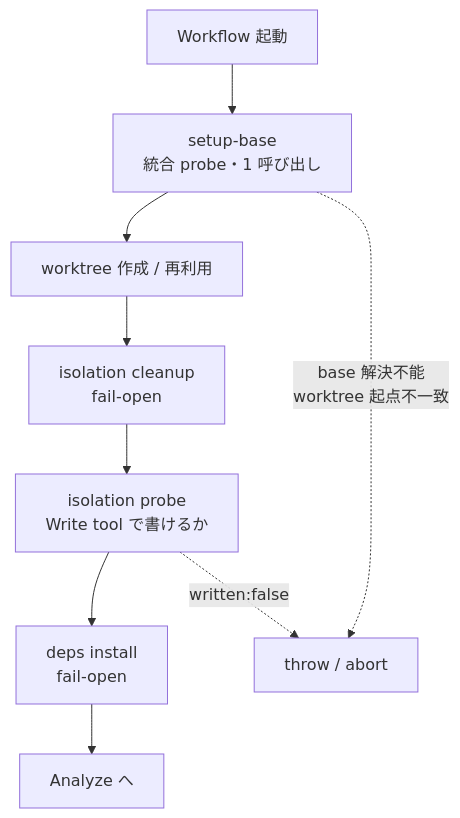
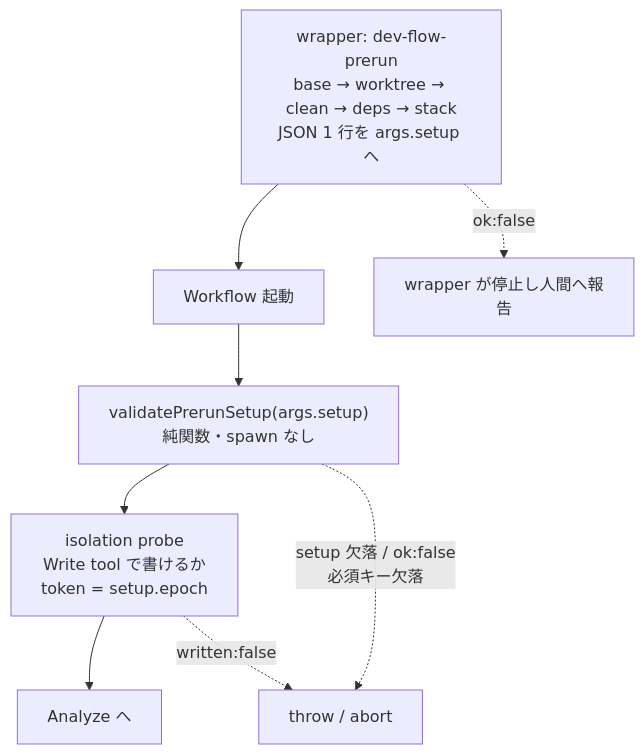
The second of 14 diagrams in docs/dev-flow-atlas.md (it-all-playpark/skills), drawn with Mermaid before and after one commit. The commit also changed other lines of this file and 88 other files, not shown here.

First line of the commit message:
♻️ refactor: refactor(dev-flow): Setup phase の決定論処理（base 解決 / worktree / deps / cleanup）を wrapper の prerun script に移し、Setup の spawn を isolation-probe の 1 回にする (#641) (#646)

````diff
--- a/docs/dev-flow-atlas.md
+++ b/docs/dev-flow-atlas.md
@@ -66,12 +69,11 @@
 ```mermaid
 flowchart TD
-    IN["Workflow 起動"] --> S1["setup-base<br/>統合 probe・1 呼び出し"]
-    S1 --> S3["worktree 作成 / 再利用"]
-    S3 --> S4["isolation cleanup<br/>fail-open"]
-    S4 --> S5["isolation probe<br/>Write tool で書けるか"]
-    S5 --> S6["deps install<br/>fail-open"]
-    S6 --> OUT["Analyze へ"]
+    PR["wrapper: dev-flow-prerun<br/>base → worktree → clean → deps → stack<br/>JSON 1 行を args.setup へ"] --> IN["Workflow 起動"]
+    IN --> S1["validatePrerunSetup(args.setup)<br/>純関数・spawn なし"]
+    S1 --> S5["isolation probe<br/>Write tool で書けるか<br/>token = setup.epoch"]
+    S5 --> OUT["Analyze へ"]
 
-    S1 -.->|"base 解決不能<br/>worktree 起点不一致"| AB["throw / abort"]
+    PR -.->|"ok:false"| STOP["wrapper が停止し人間へ報告"]
+    S1 -.->|"setup 欠落 / ok:false<br/>必須キー欠落"| AB["throw / abort"]
     S5 -.->|"written:false"| AB
 ```
````
